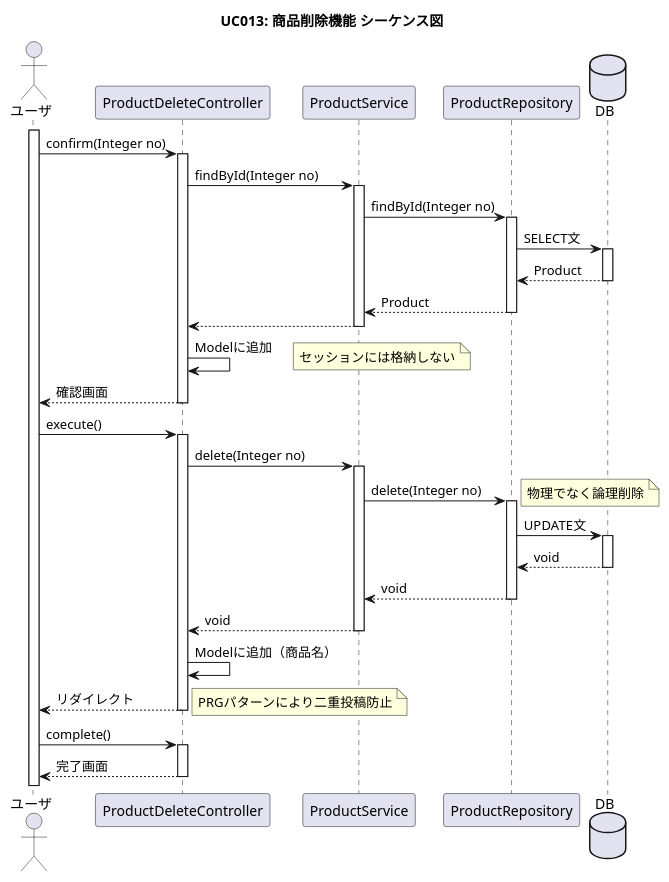
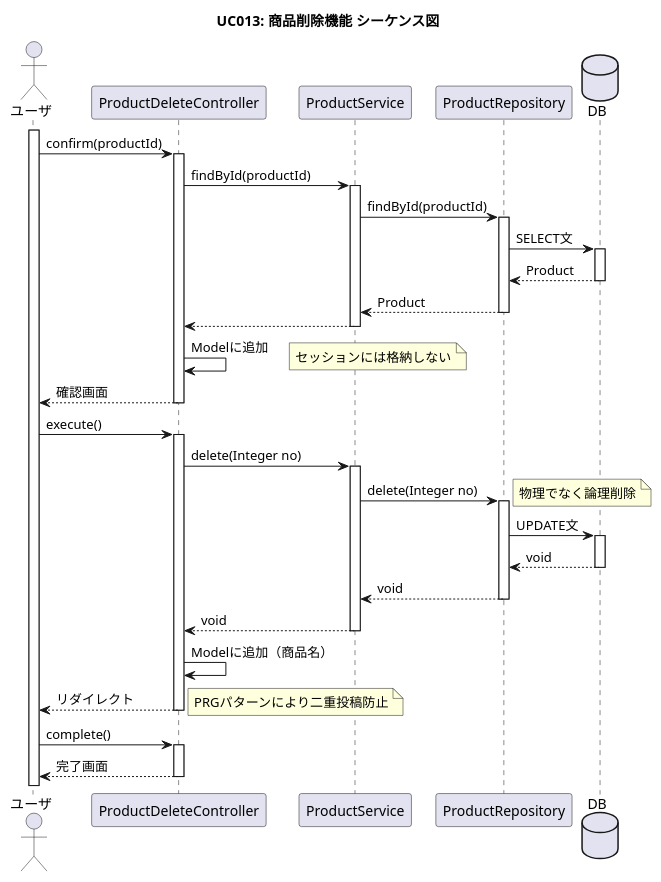
Before and after one commit to imagepit/fullness-ec: the diagram in plan/diagram/sequence/uc013_product_delete.puml, drawn with PlantUML. The commit also changed 89 other files, not shown here.

```diff
--- a/plan/diagram/sequence/uc013_product_delete.puml
+++ b/plan/diagram/sequence/uc013_product_delete.puml
@@ -1,74 +1,74 @@
 @startuml
 
 title UC013: 商品削除機能 シーケンス図
 skinparam shadowing false
 'hide footbox
 
 actor ユーザ
 
 activate ユーザ
 
-ユーザ -> ProductDeleteController : confirm(Integer no)
+ユーザ -> ProductDeleteController : confirm(productId)
 activate ProductDeleteController
 
-ProductDeleteController -> ProductService : findById(Integer no)
+ProductDeleteController -> ProductService : findById(productId)
 activate ProductService
 
-ProductService -> ProductRepository : findById(Integer no)
+ProductService -> ProductRepository : findById(productId)
 activate ProductRepository
 
 database DB
 
 ProductRepository -> DB : SELECT文
 activate DB
 
 DB --> ProductRepository : Product
 deactivate DB
 
 ProductRepository --> ProductService : Product
 deactivate ProductRepository
 
 ProductService --> ProductDeleteController
 deactivate ProductService
 
 ProductDeleteController -> ProductDeleteController : Modelに追加
 note right: セッションには格納しない
 
 ProductDeleteController --> ユーザ : 確認画面
 deactivate ProductDeleteController
 
 ユーザ -> ProductDeleteController : execute()
 activate ProductDeleteController
 
 ProductDeleteController -> ProductService : delete(Integer no)
 activate ProductService
 
 ProductService -> ProductRepository : delete(Integer no)
 activate ProductRepository
 
 note right: 物理でなく論理削除
 ProductRepository -> DB : UPDATE文
 activate DB
 
 DB --> ProductRepository : void
 deactivate DB
 
 ProductRepository --> ProductService : void
 deactivate ProductRepository
 
 ProductService --> ProductDeleteController : void
 deactivate ProductService
 
 ProductDeleteController -> ProductDeleteController : Modelに追加（商品名）
 
 ProductDeleteController --> ユーザ : リダイレクト
 deactivate ProductDeleteController
 note right: PRGパターンにより二重投稿防止
 
 ユーザ -> ProductDeleteController : complete()
 activate ProductDeleteController
 
 ProductDeleteController --> ユーザ : 完了画面
 deactivate ProductDeleteController
 
 @enduml
```
